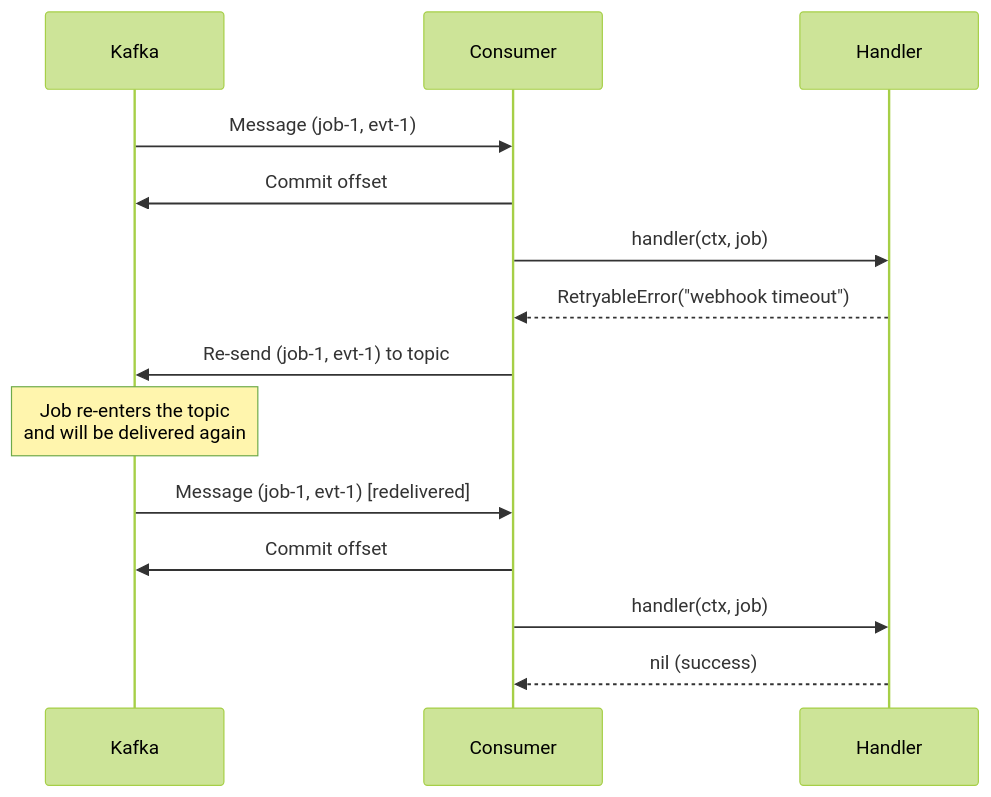
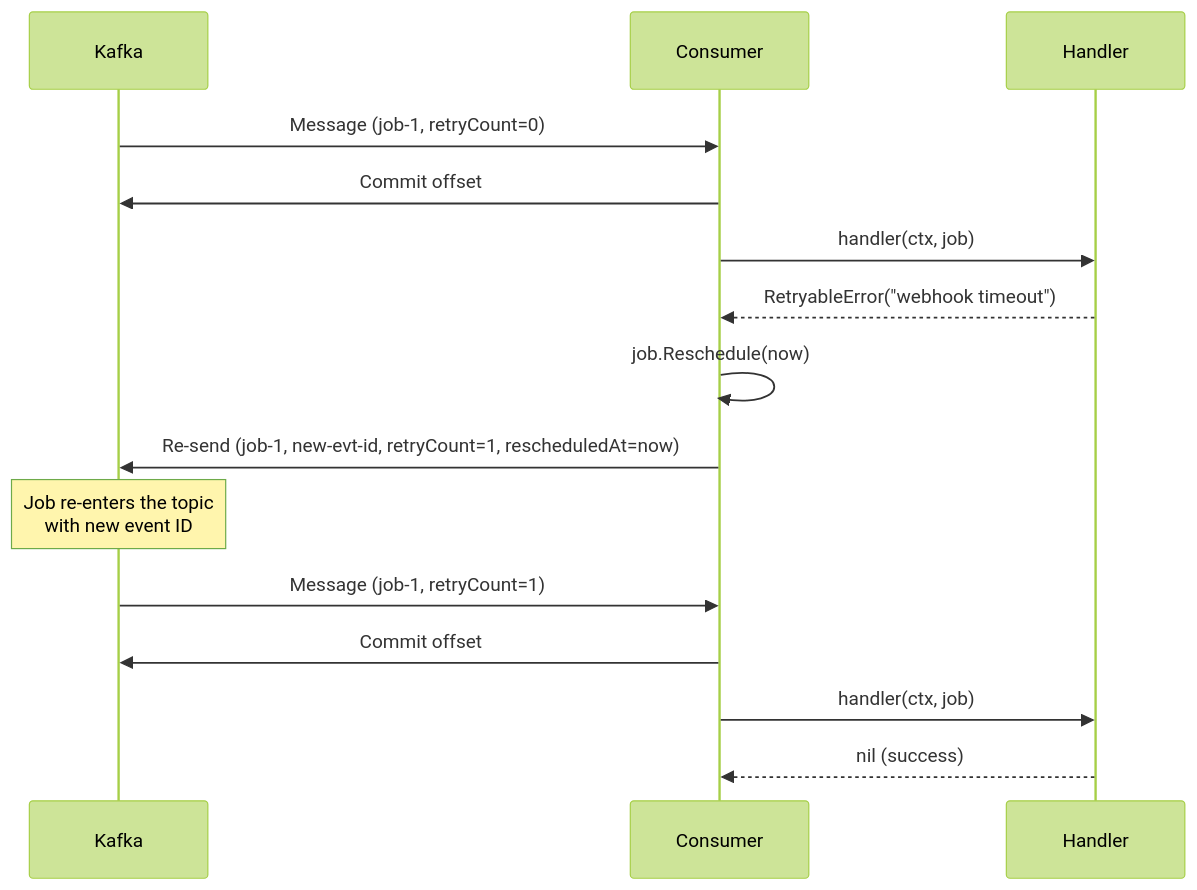
Before and after one commit to matmazurk/oidc-keepie: the fifth of 11 diagrams in kafka/README.md, drawn with Mermaid (forest theme). The commit also changed other lines of this file and 5 other files, not shown here.

````diff
--- a/kafka/README.md
+++ b/kafka/README.md
@@ -128,18 +136,19 @@
 ```mermaid
 sequenceDiagram
     participant Kafka
     participant Consumer
     participant Handler
 
-    Kafka->>Consumer: Message (job-1, evt-1)
+    Kafka->>Consumer: Message (job-1, retryCount=0)
     Consumer->>Kafka: Commit offset
     Consumer->>Handler: handler(ctx, job)
     Handler-->>Consumer: RetryableError("webhook timeout")
-    Consumer->>Kafka: Re-send (job-1, evt-1) to topic
-    Note over Kafka: Job re-enters the topic<br/>and will be delivered again
+    Consumer->>Consumer: job.Reschedule(now)
+    Consumer->>Kafka: Re-send (job-1, new-evt-id, retryCount=1, rescheduledAt=now)
+    Note over Kafka: Job re-enters the topic<br/>with new event ID
 
-    Kafka->>Consumer: Message (job-1, evt-1) [redelivered]
+    Kafka->>Consumer: Message (job-1, retryCount=1)
     Consumer->>Kafka: Commit offset
     Consumer->>Handler: handler(ctx, job)
     Handler-->>Consumer: nil (success)
 ```
````
